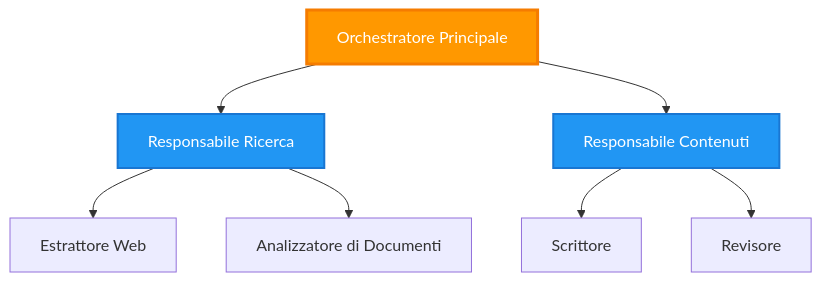
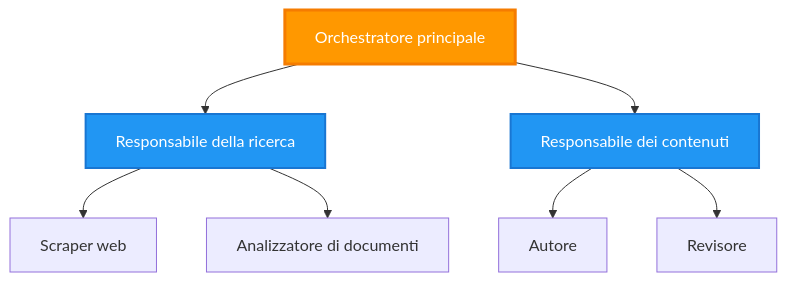
Before and after one commit to microsoft/AZD-for-beginners: the third of 5 diagrams in translations/it/docs/chapter-06-pre-deployment/coordination-patterns.md, drawn with Mermaid. The commit also changed other lines of this file and 101 other files, not shown here.

````diff
--- a/translations/it/docs/chapter-06-pre-deployment/coordination-patterns.md
+++ b/translations/it/docs/chapter-06-pre-deployment/coordination-patterns.md
@@ -149,21 +143,21 @@
 ```mermaid
 graph TB
-    Master[Orchestratore Principale]
-    Manager1[Responsabile Ricerca]
-    Manager2[Responsabile Contenuti]
-    W1[Estrattore Web]
-    W2[Analizzatore di Documenti]
-    W3[Scrittore]
+    Master[Orchestratore principale]
+    Manager1[Responsabile della ricerca]
+    Manager2[Responsabile dei contenuti]
+    W1[Scraper web]
+    W2[Analizzatore di documenti]
+    W3[Autore]
     W4[Revisore]
     
     Master --> Manager1
     Master --> Manager2
     Manager1 --> W1
     Manager1 --> W2
     Manager2 --> W3
     Manager2 --> W4
     
     style Master fill:#FF9800,stroke:#F57C00,stroke-width:3px,color:#fff
     style Manager1 fill:#2196F3,stroke:#1976D2,stroke-width:2px,color:#fff
     style Manager2 fill:#2196F3,stroke:#1976D2,stroke-width:2px,color:#fff
 ```
````
